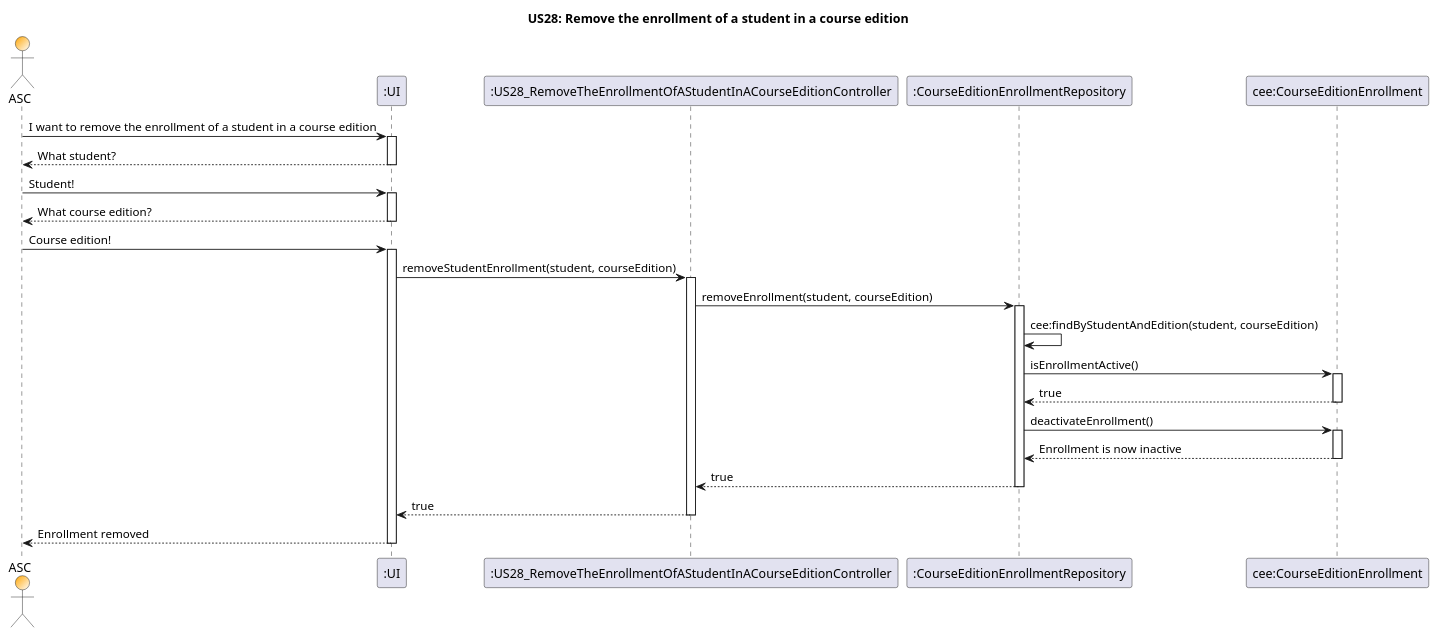
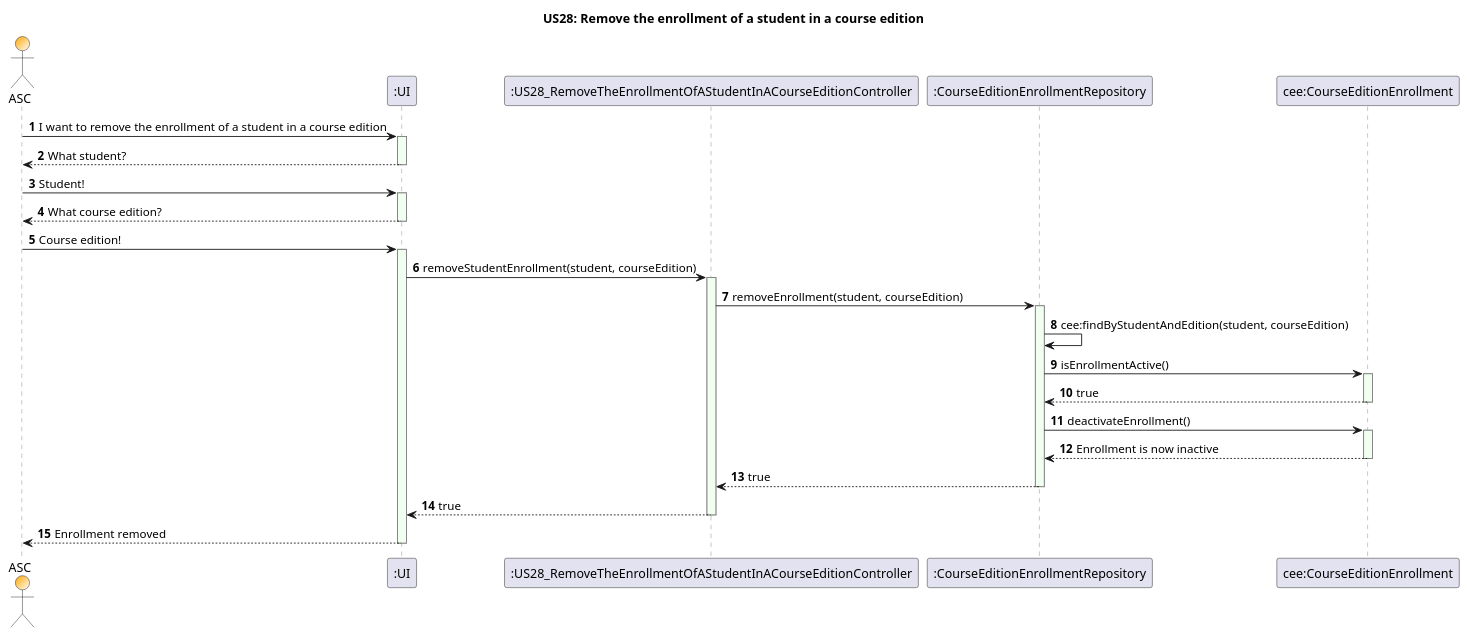
One commit to GasparISEP/DevOps-PAI changed the diagram in docs/US28/US28_RemoveTheEnrollmentOfAStudentInACourseEdition_SequenceDiagram.puml. Above: the diagram before and after it, drawn with PlantUML.

Commit message:
Add autonumber and colors to activation bars in US28_SequenceDiagram

```diff
--- a/docs/US28/US28_RemoveTheEnrollmentOfAStudentInACourseEdition_SequenceDiagram.puml
+++ b/docs/US28/US28_RemoveTheEnrollmentOfAStudentInACourseEdition_SequenceDiagram.puml
@@ -1,48 +1,54 @@
 @startuml
+skinparam sequence {
+
+LifeLineBorderColor Grey
+LifeLineBackgroundColor HoneyDew
+}
 
 title US28: Remove the enrollment of a student in a course edition
 
 actor ASC #Orange/White
 participant ":UI" as UI
 participant ":US28_RemoveTheEnrollmentOfAStudentInACourseEditionController" as Controller
 participant ":CourseEditionEnrollmentRepository" as Repository
 participant "cee:CourseEditionEnrollment" as Enrollment
+autonumber
 
 ASC -> UI : I want to remove the enrollment of a student in a course edition
 activate UI
 UI --> ASC : What student?
 deactivate UI
 ASC -> UI : Student!
 activate UI
 UI --> ASC : What course edition?
 deactivate UI
 ASC -> UI : Course edition!
 activate UI
 
 UI -> Controller : removeStudentEnrollment(student, courseEdition)
 activate Controller
 
 Controller -> Repository : removeEnrollment(student, courseEdition)
 activate Repository
 
 Repository -> Repository : cee:findByStudentAndEdition(student, courseEdition)
 
 Repository -> Enrollment : isEnrollmentActive()
 activate Enrollment
 Enrollment --> Repository : true
 deactivate Enrollment
 
 Repository -> Enrollment : deactivateEnrollment()
 activate Enrollment
 Enrollment --> Repository : Enrollment is now inactive
 deactivate Enrollment
 
 Repository --> Controller : true
 deactivate Repository
 
 Controller --> UI : true
 deactivate Controller
 UI --> ASC : Enrollment removed
 deactivate UI
 
 @enduml
```
